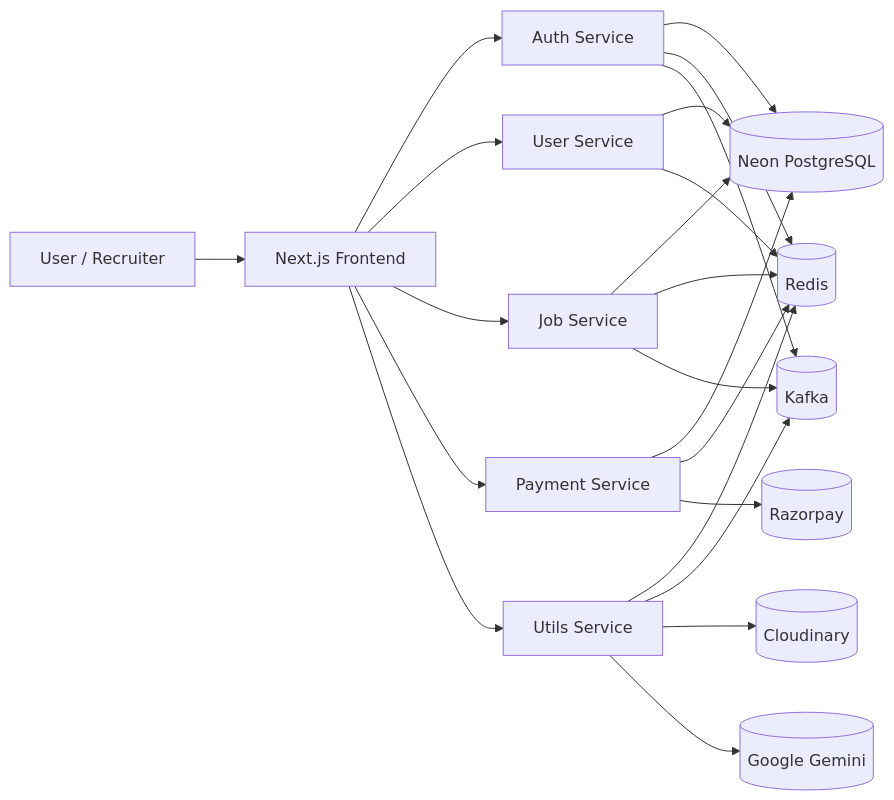
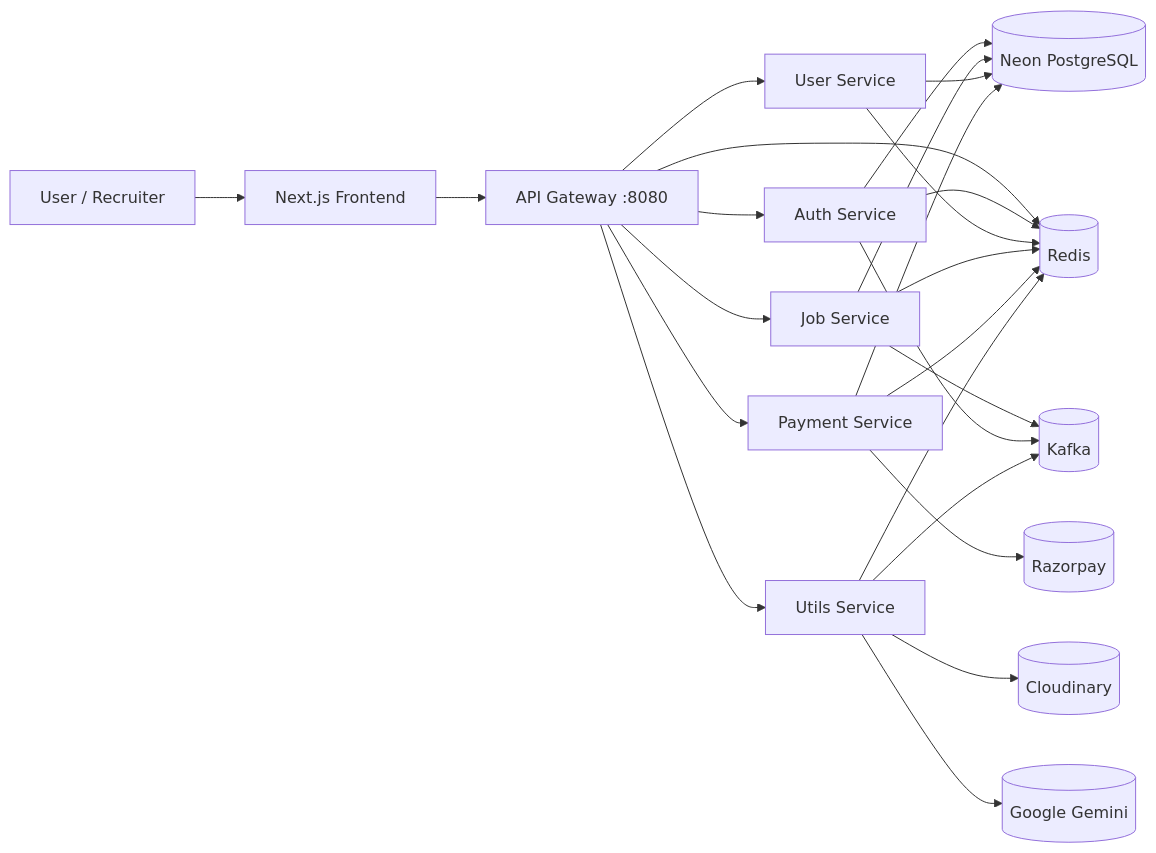
Before and after one commit to AyushCipher/HireHeaven-Job-Portal: the first of 2 diagrams in README.md, drawn with Mermaid. The commit also changed other lines of this file and 112 other files, not shown here.

````diff
--- a/README.md
+++ b/README.md
@@ -34,26 +39,29 @@
 ```mermaid
 flowchart LR
   U[User / Recruiter] --> F[Next.js Frontend]
-  F --> A[Auth Service]
-  F --> US[User Service]
-  F --> J[Job Service]
-  F --> P[Payment Service]
-  F --> X[Utils Service]
+  F --> GW[API Gateway :8080]
+
+  GW --> A[Auth Service]
+  GW --> US[User Service]
+  GW --> J[Job Service]
+  GW --> P[Payment Service]
+  GW --> X[Utils Service]
 
   A --> DB[(Neon PostgreSQL)]
   J --> DB
   US --> DB
   P --> DB
 
-  A --> R[(Redis)]
+  GW --> R[(Redis)]
+  A --> R
   US --> R
   J --> R
   P --> R
   X --> R
   J --> K[(Kafka)]
   A --> K
   X --> K
   X --> C[(Cloudinary)]
   X --> G[(Google Gemini)]
   P --> RZ[(Razorpay)]
 ```
````
